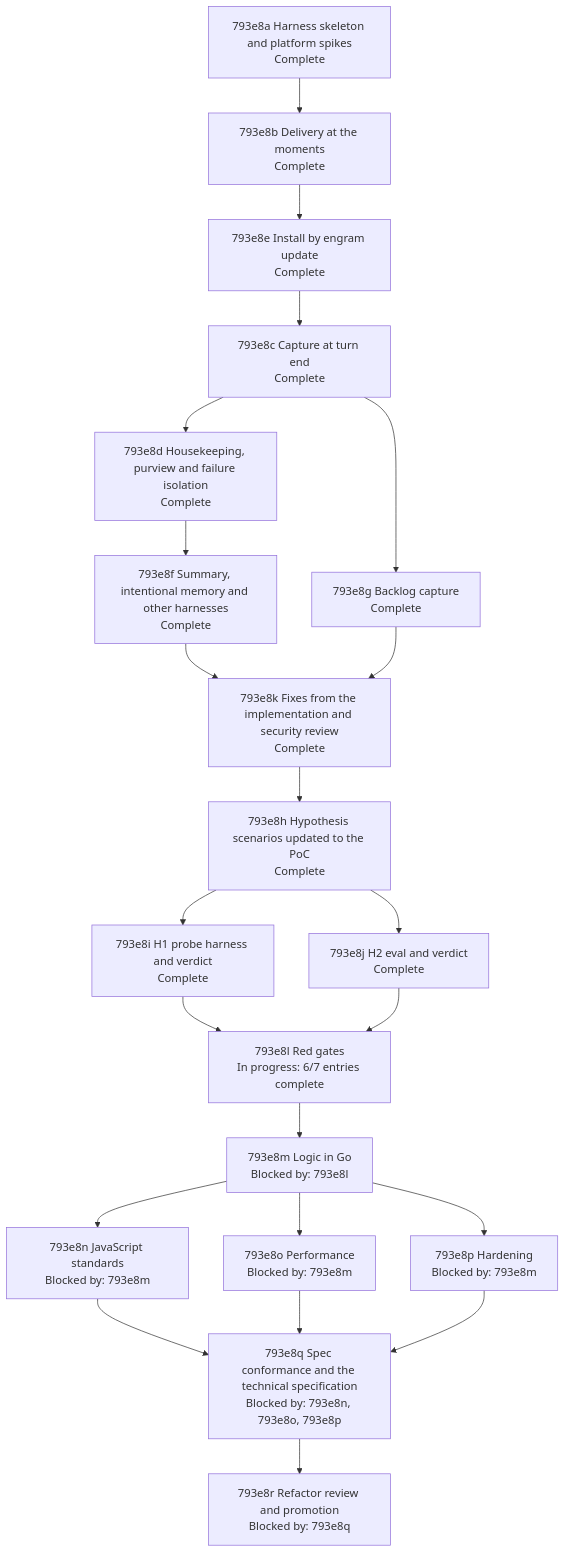
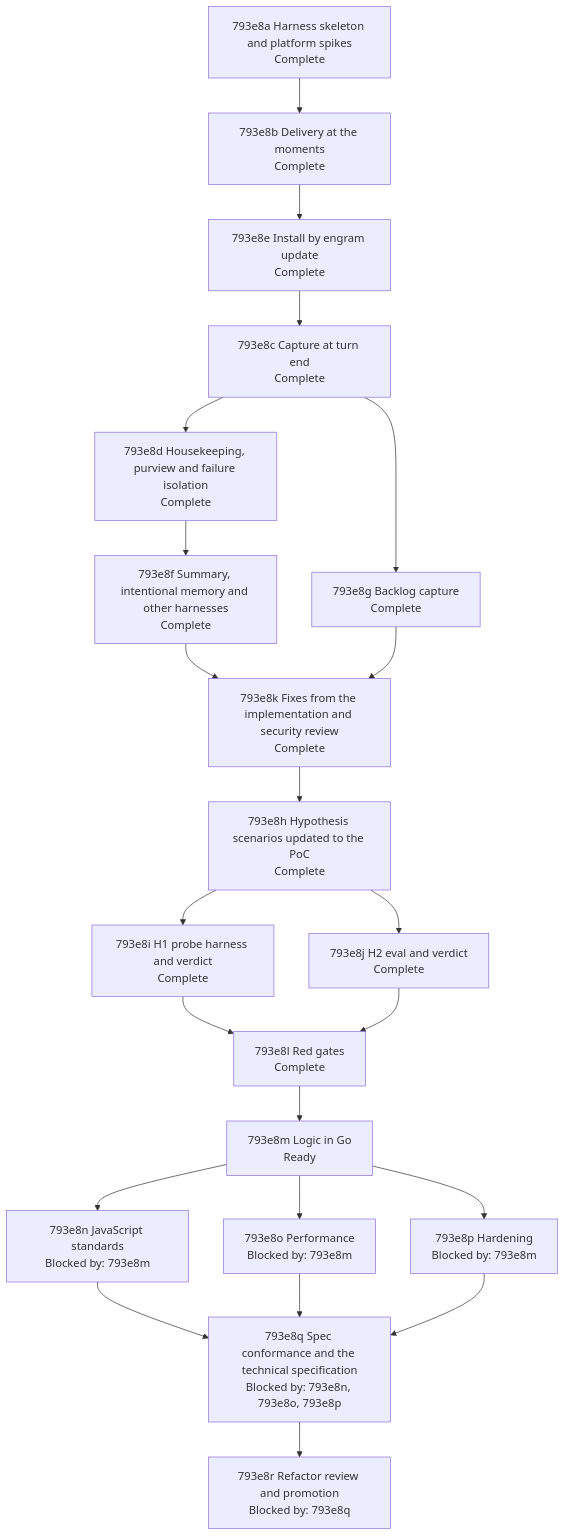
The diagram in docs/changes/793_parallel-memory-agent/793e_implementation-plan.md (toejough/engram), drawn with Mermaid before and after one commit. The commit also changed other lines of this file, not shown here.

Commit message:
docs(793e8l): node 793e8l complete; result of the red gates
Eight gates red (refactor-red), check-full 12 of 12, claude plugin test 168
pass, npm test 77 pass, full acceptance run 48 Green, 1 Red (793a2e1e, 3 of 3
Green alone), 2 Not run. 793e8m is Ready.

AI-Used: [claude]

````diff
--- a/docs/changes/793_parallel-memory-agent/793e_implementation-plan.md
+++ b/docs/changes/793_parallel-memory-agent/793e_implementation-plan.md
@@ -219,40 +219,40 @@
 ```mermaid
 flowchart TD
   n793e8a["793e8a Harness skeleton and platform spikes<br/>Complete"]
   n793e8b["793e8b Delivery at the moments<br/>Complete"]
   n793e8e["793e8e Install by engram update<br/>Complete"]
   n793e8c["793e8c Capture at turn end<br/>Complete"]
   n793e8d["793e8d Housekeeping, purview and failure isolation<br/>Complete"]
   n793e8g["793e8g Backlog capture<br/>Complete"]
   n793e8f["793e8f Summary, intentional memory and other harnesses<br/>Complete"]
   n793e8k["793e8k Fixes from the implementation and security review<br/>Complete"]
   n793e8h["793e8h Hypothesis scenarios updated to the PoC<br/>Complete"]
   n793e8i["793e8i H1 probe harness and verdict<br/>Complete"]
   n793e8j["793e8j H2 eval and verdict<br/>Complete"]
-  n793e8l["793e8l Red gates<br/>In progress: 6/7 entries complete"]
-  n793e8m["793e8m Logic in Go<br/>Blocked by: 793e8l"]
+  n793e8l["793e8l Red gates<br/>Complete"]
+  n793e8m["793e8m Logic in Go<br/>Ready"]
   n793e8n["793e8n JavaScript standards<br/>Blocked by: 793e8m"]
   n793e8o["793e8o Performance<br/>Blocked by: 793e8m"]
   n793e8p["793e8p Hardening<br/>Blocked by: 793e8m"]
   n793e8q["793e8q Spec conformance and the technical specification<br/>Blocked by: 793e8n, 793e8o, 793e8p"]
   n793e8r["793e8r Refactor review and promotion<br/>Blocked by: 793e8q"]
   n793e8a --> n793e8b --> n793e8e --> n793e8c
   n793e8c --> n793e8d
   n793e8c --> n793e8g
   n793e8d --> n793e8f
   n793e8f --> n793e8k
   n793e8g --> n793e8k
   n793e8k --> n793e8h
   n793e8h --> n793e8i
   n793e8h --> n793e8j
   n793e8i --> n793e8l
   n793e8j --> n793e8l
   n793e8l --> n793e8m
   n793e8m --> n793e8n
   n793e8m --> n793e8o
   n793e8m --> n793e8p
   n793e8n --> n793e8q
   n793e8o --> n793e8q
   n793e8p --> n793e8q
   n793e8q --> n793e8r
 ```
````
